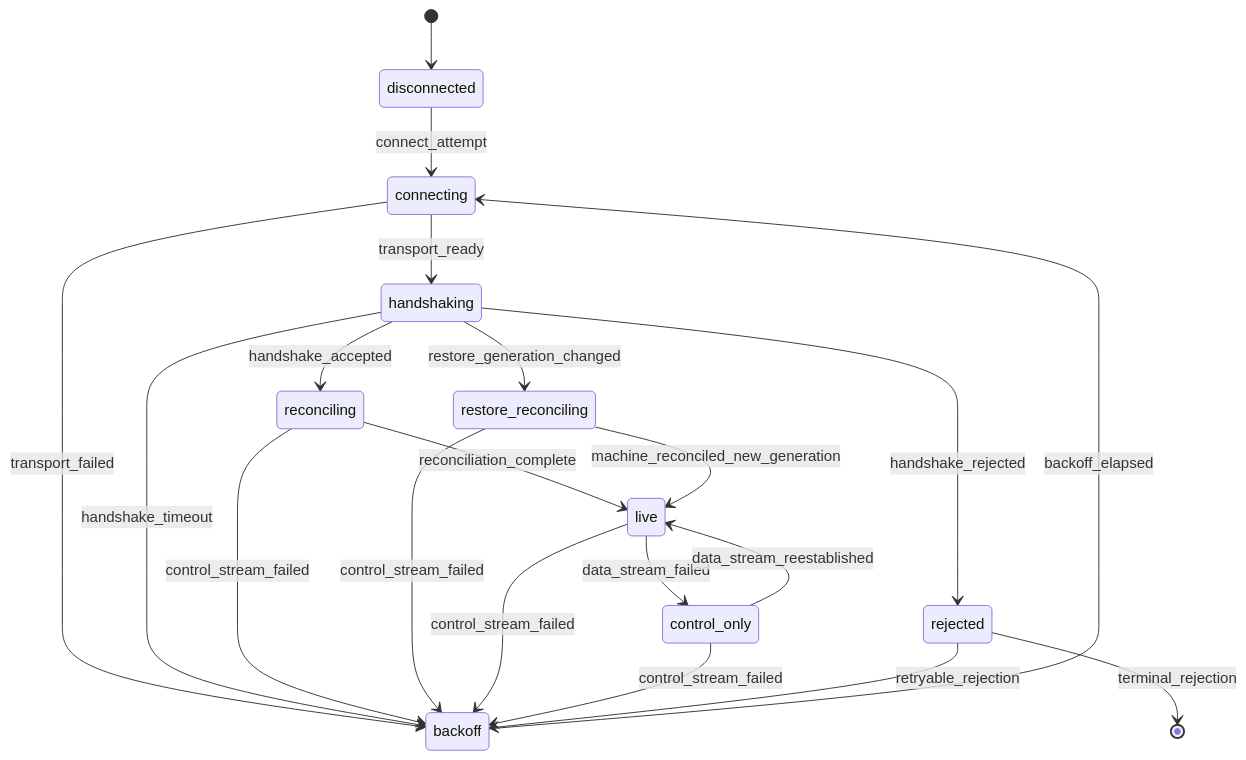
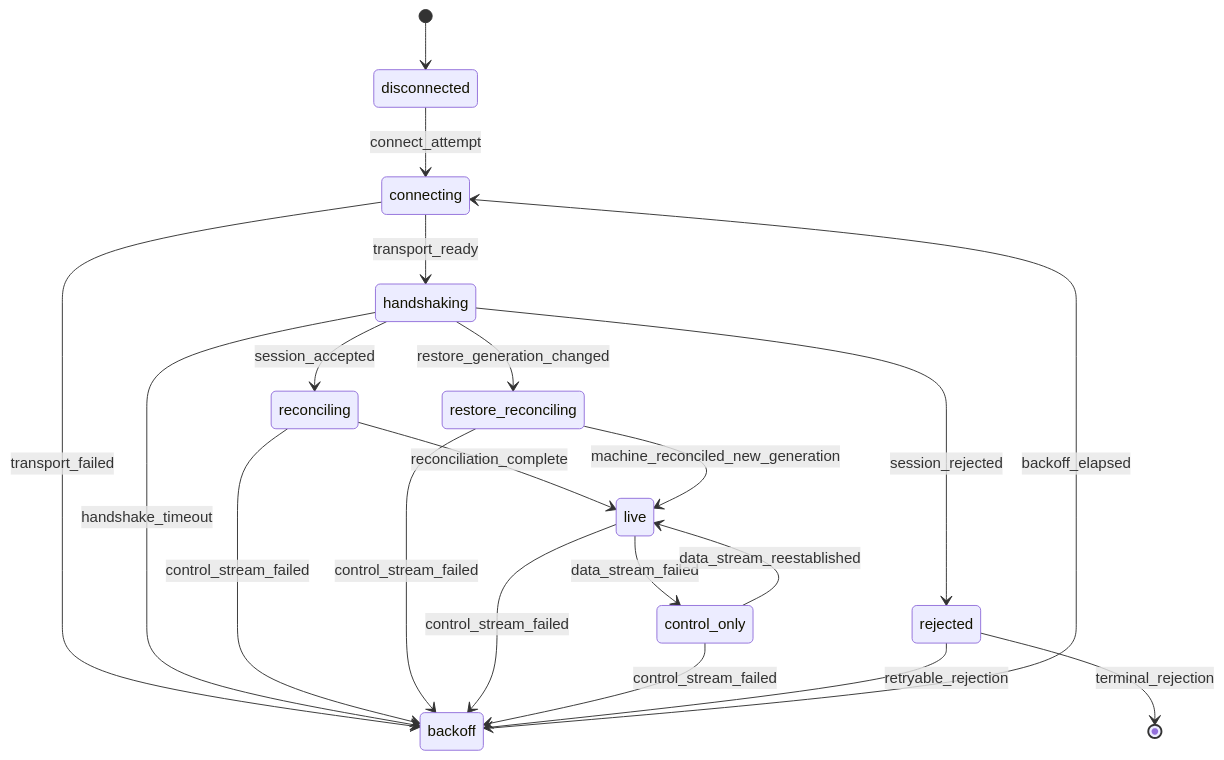
The first of 7 diagrams in docs/design/streams.md (Fenicu/canterlot), drawn with Mermaid before and after one commit. The commit also changed other lines of this file and 4 other files, not shown here.

````diff
--- a/docs/design/streams.md
+++ b/docs/design/streams.md
@@ -29,22 +29,22 @@
 ```mermaid
 stateDiagram-v2
     [*] --> disconnected
     disconnected --> connecting: connect_attempt
     connecting --> handshaking: transport_ready
     connecting --> backoff: transport_failed
-    handshaking --> reconciling: handshake_accepted
+    handshaking --> reconciling: session_accepted
     handshaking --> restore_reconciling: restore_generation_changed
-    handshaking --> rejected: handshake_rejected
+    handshaking --> rejected: session_rejected
     handshaking --> backoff: handshake_timeout
     reconciling --> live: reconciliation_complete
     restore_reconciling --> live: machine_reconciled_new_generation
     live --> control_only: data_stream_failed
     control_only --> live: data_stream_reestablished
     reconciling --> backoff: control_stream_failed
     restore_reconciling --> backoff: control_stream_failed
     live --> backoff: control_stream_failed
     control_only --> backoff: control_stream_failed
     backoff --> connecting: backoff_elapsed
     rejected --> backoff: retryable_rejection
     rejected --> [*]: terminal_rejection
 ```
````
